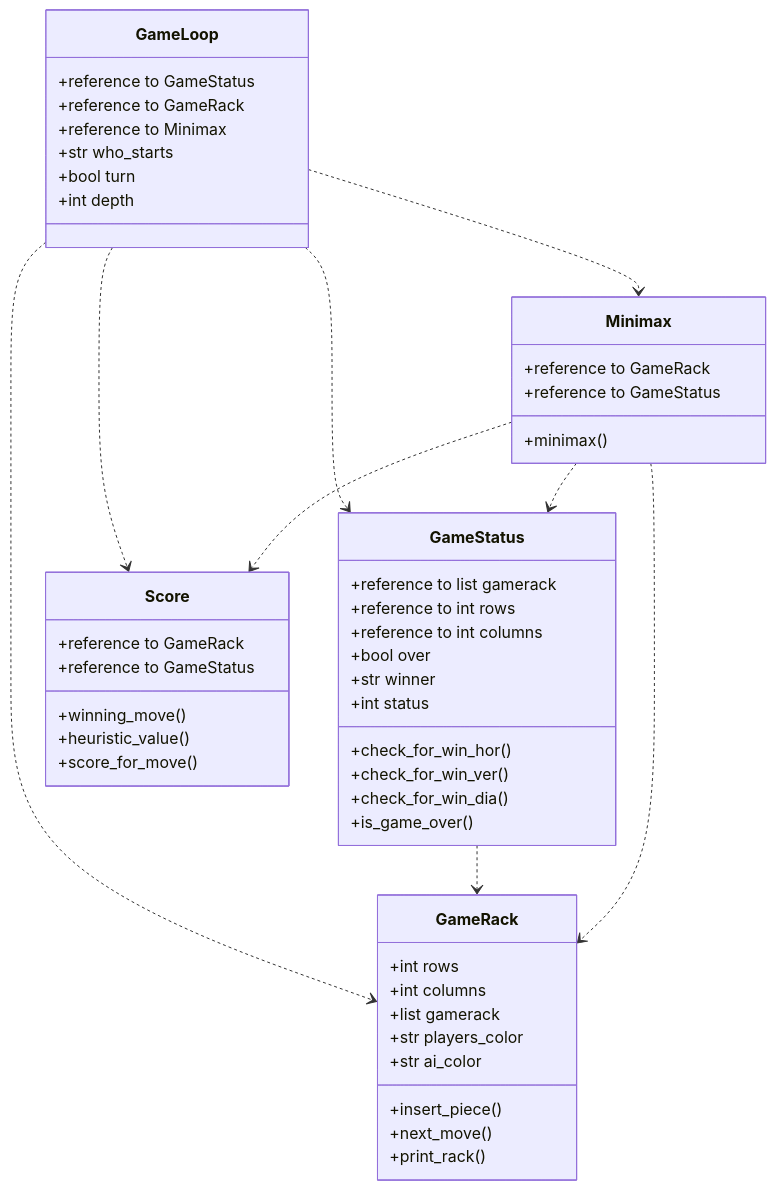
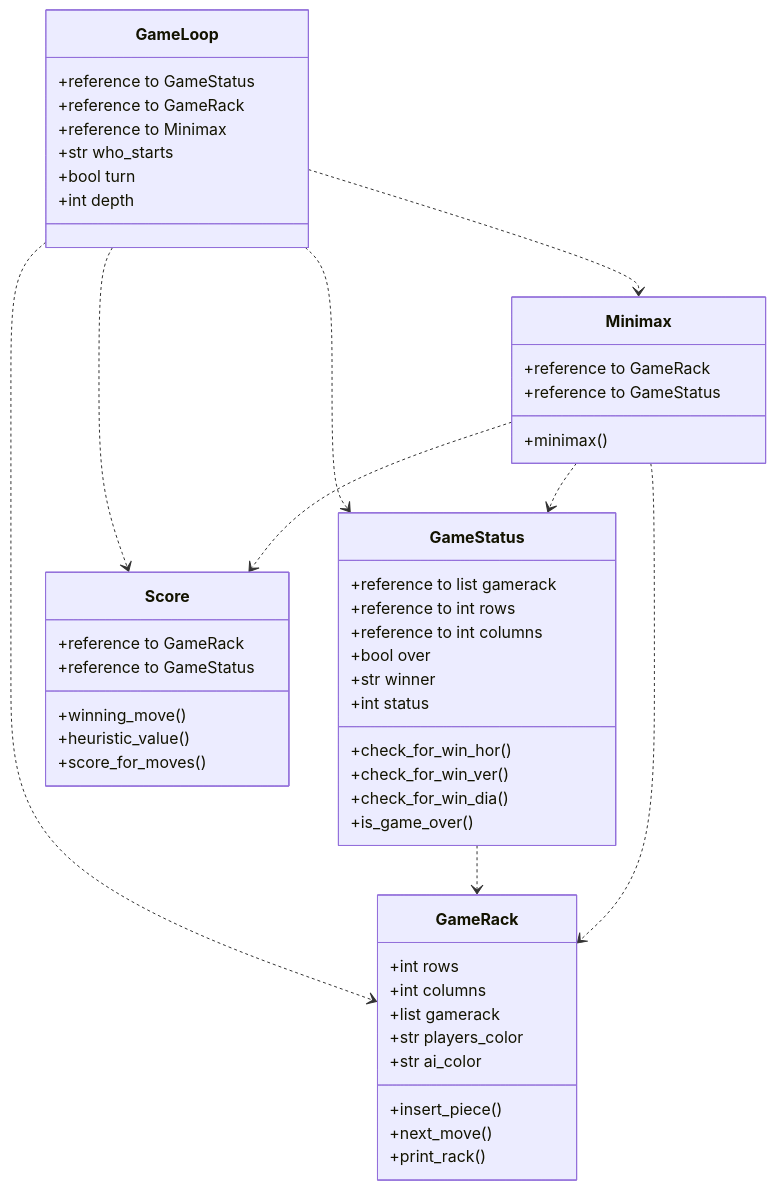
Before and after one commit to lottapispa/Connect-Four-tiralabra: the diagram in documentation/implementation.md, drawn with Mermaid.

````diff
--- a/documentation/implementation.md
+++ b/documentation/implementation.md
@@ -4,53 +4,53 @@
 ```mermaid
 classDiagram
     GameLoop ..> GameStatus
     GameLoop ..> GameRack
     GameLoop ..> Minimax
     GameLoop ..> Score
     GameStatus ..> GameRack
     Minimax ..> GameStatus
     Minimax ..> GameRack
     Minimax ..> Score
     class GameLoop{
         +reference to GameStatus
         +reference to GameRack
         +reference to Minimax
         +str who_starts
         +bool turn
         +int depth
     }
     class GameStatus{
         +reference to list gamerack
         +reference to int rows
         +reference to int columns
         +bool over
         +str winner
         +int status
         +check_for_win_hor()
         +check_for_win_ver()
         +check_for_win_dia()
         +is_game_over()
     }
     class GameRack{
         +int rows
         +int columns
         +list gamerack
         +str players_color
         +str ai_color
         +insert_piece()
         +next_move()
         +print_rack()
     }
     class Minimax{
         +reference to GameRack
         +reference to GameStatus
         +minimax()
     }
     class Score{
         +reference to GameRack
         +reference to GameStatus
         +winning_move()
         +heuristic_value()
-        +score_for_move()
+        +score_for_moves()
     }
 ```
````
